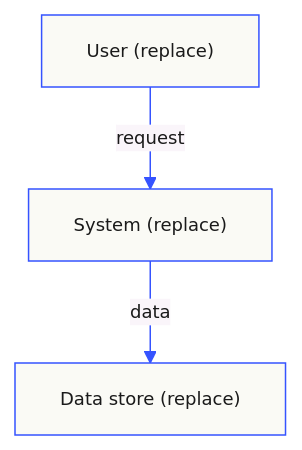
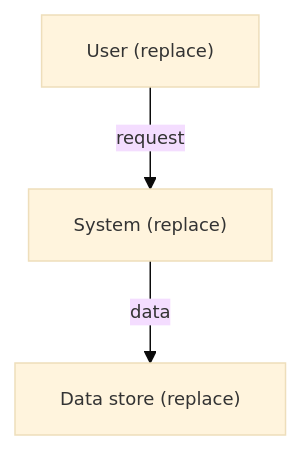
One commit to TechnoBureau/ai-init changed the diagram in skills/ai-init/templates/docs/threat-model.md. Above: the diagram before and after it, drawn with Mermaid. The commit also changed other lines of this file and 4 other files, not shown here.

Commit message:
chore: remove static colors from mermaid

````diff
--- a/skills/ai-init/templates/docs/threat-model.md
+++ b/skills/ai-init/templates/docs/threat-model.md
@@ -31,8 +31,8 @@
 ```mermaid
-%%{init: {'theme':'base','themeVariables':{'primaryColor':'#fafaf5','primaryTextColor':'#1a1a1a','primaryBorderColor':'#3553ff','lineColor':'#3553ff','fontFamily':'JetBrains Mono','fontSize':'12px'}}}%%
+%%{init: {'theme':'base','themeVariables':{'fontFamily':'JetBrains Mono','fontSize':'12px'}}}%%
 flowchart TB
   %% Example only. Replace the nodes with verified users, systems, and trust
   %% boundaries; delete the block when none is evidenced.
   user["User (replace)"] -->|request| system["System (replace)"]
   system -->|data| store["Data store (replace)"]
 ```
````
